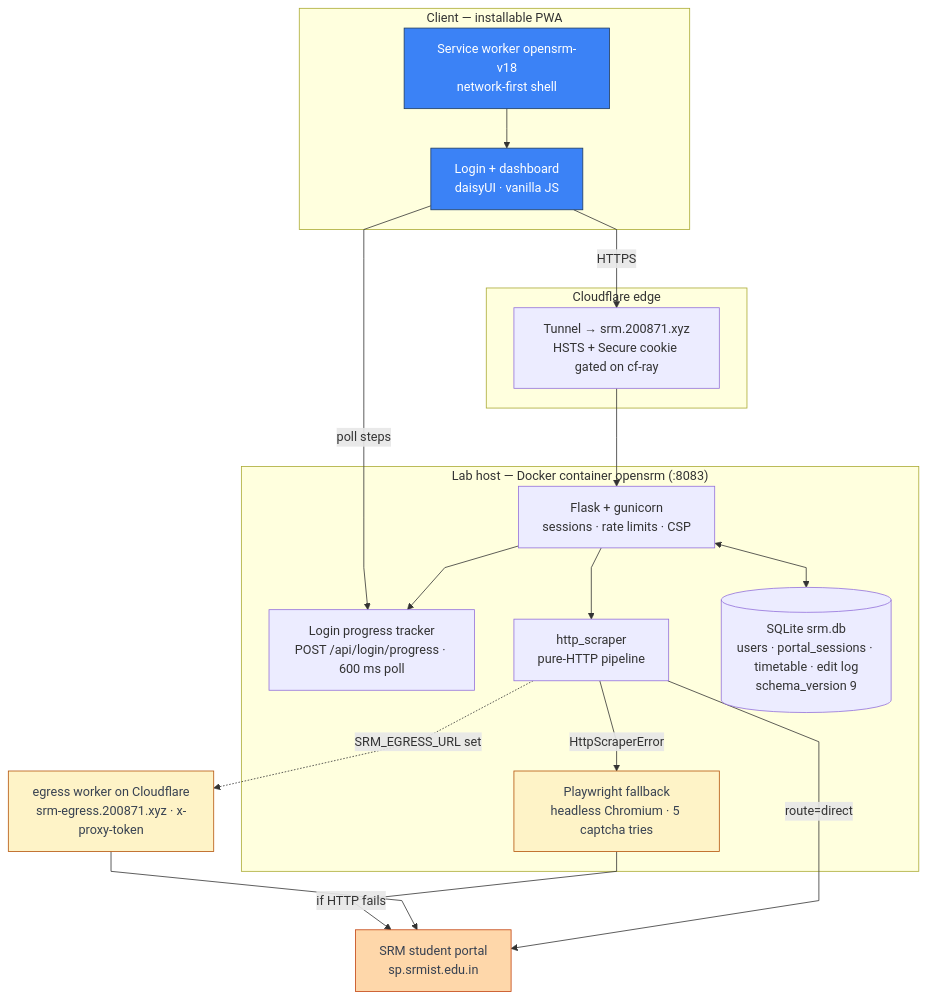
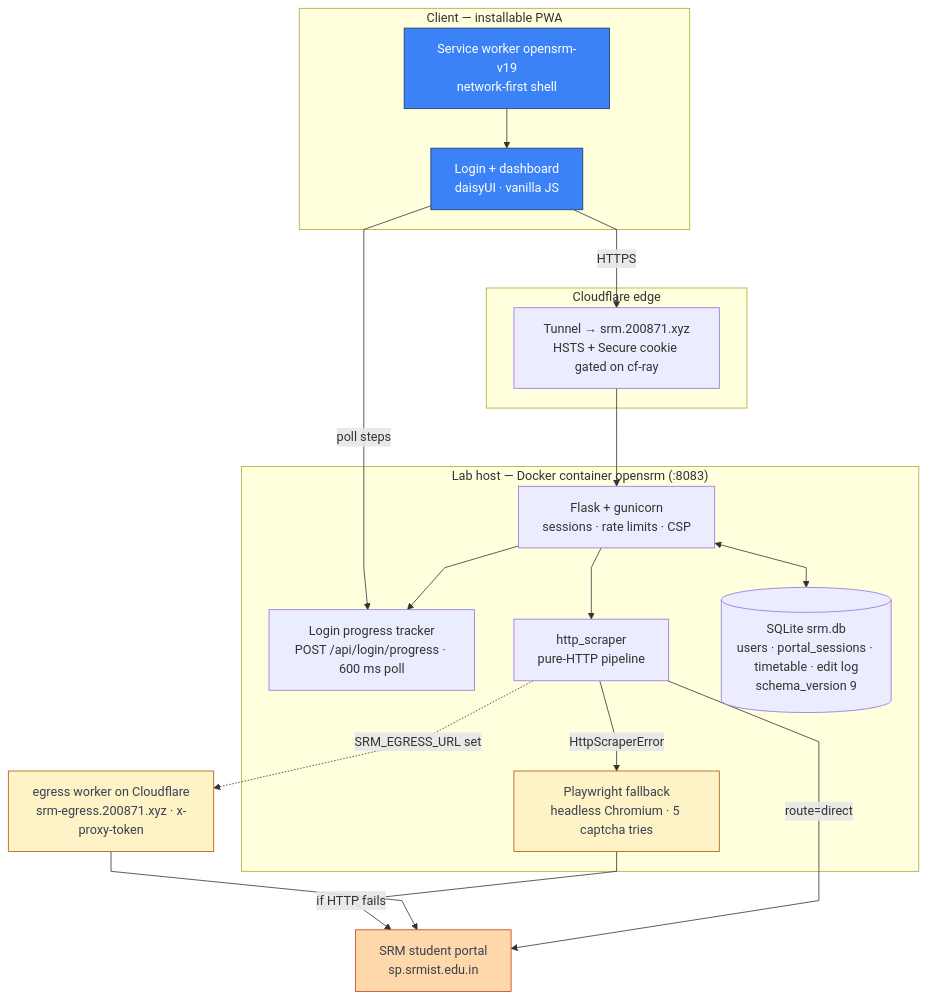
One commit to thenabbu/OpenSRM changed the first of 3 diagrams in README.md. Above: the diagram before and after it, drawn with Mermaid. The commit also changed 6 other files, not shown here.

````diff
--- a/README.md
+++ b/README.md
@@ -65,43 +65,43 @@
 ```mermaid
 %%{init: {"flowchart": {"curve": "linear"}}}%%
 flowchart TD
     subgraph client["Client — installable PWA"]
         UI["Login + dashboard<br/>daisyUI · vanilla JS"]
-        SW["Service worker opensrm-v18<br/>network-first shell"]
+        SW["Service worker opensrm-v19<br/>network-first shell"]
     end
 
     subgraph edge["Cloudflare edge"]
         TUN["Tunnel → srm.200871.xyz<br/>HSTS + Secure cookie gated on cf-ray"]
     end
 
     subgraph lab["Lab host — Docker container opensrm (:8083)"]
         FL["Flask + gunicorn<br/>sessions · rate limits · CSP"]
         PROG["Login progress tracker<br/>POST /api/login/progress · 600 ms poll"]
         HS["http_scraper<br/>pure-HTTP pipeline"]
         PW["Playwright fallback<br/>headless Chromium · 5 captcha tries"]
         DB[("SQLite srm.db<br/>users · portal_sessions · timetable · edit log<br/>schema_version 9")]
         FL --> PROG
         FL <--> DB
         FL --> HS
         HS -->|"HttpScraperError"| PW
     end
 
     EG["egress worker on Cloudflare<br/>srm-egress.200871.xyz · x-proxy-token"]
     P["SRM student portal<br/>sp.srmist.edu.in"]
 
     UI -->|"HTTPS"| TUN
     TUN --> FL
     SW --> UI
     UI -->|"poll steps"| PROG
     HS -->|"route=direct"| P
     HS -.->|"SRM_EGRESS_URL set"| EG
     EG --> P
     PW -->|"if HTTP fails"| P
 
     classDef client fill:#3b82f6,stroke:#1e3a5f,color:#ffffff
     classDef conditional fill:#fef3c7,stroke:#b45309,color:#374151
     classDef external fill:#fed7aa,stroke:#c2410c,color:#374151
     class UI,SW client
     class PW,EG conditional
     class P external
 ```
````
